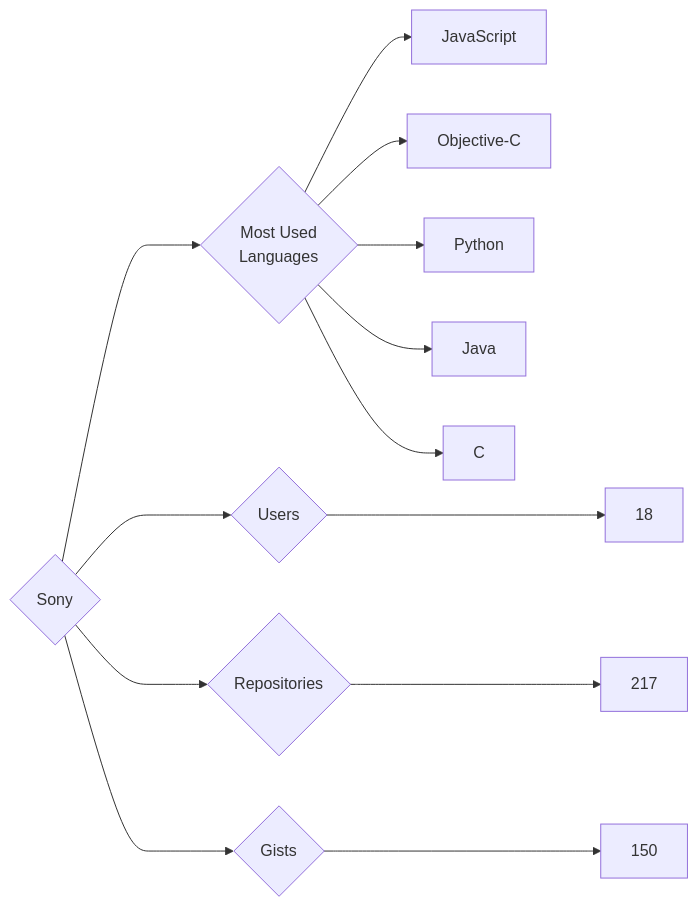
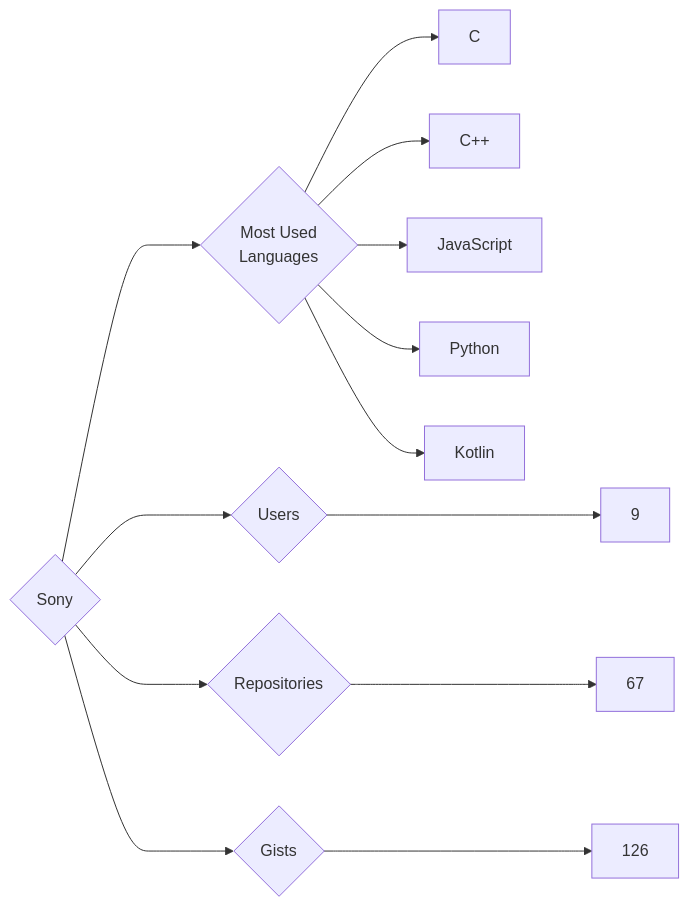
One commit to trickest/insiders changed the diagram in targets/Sony/README.md. Above: the diagram before and after it, drawn with Mermaid. The commit also changed 787 other files, not shown here.

````diff
--- a/targets/Sony/README.md
+++ b/targets/Sony/README.md
@@ -3,13 +3,13 @@
 ```mermaid
 graph LR
 COMPANY_NAME{Sony}
-COMPANY_NAME ---> U{Users} ---> UN[18]
-COMPANY_NAME ---> R{Repositories} ---> RN[217]
-COMPANY_NAME ---> G{Gists} ---> GN[150]
+COMPANY_NAME ---> U{Users} ---> UN[9]
+COMPANY_NAME ---> R{Repositories} ---> RN[67]
+COMPANY_NAME ---> G{Gists} ---> GN[126]
 COMPANY_NAME ---> ML{Most Used<br>Languages}
+ML --> C[C]
+ML --> C++[C++]
 ML --> JavaScript[JavaScript]
-ML --> Objective-C[Objective-C]
 ML --> Python[Python]
-ML --> Java[Java]
-ML --> C[C]
+ML --> Kotlin[Kotlin]
 ```
````
